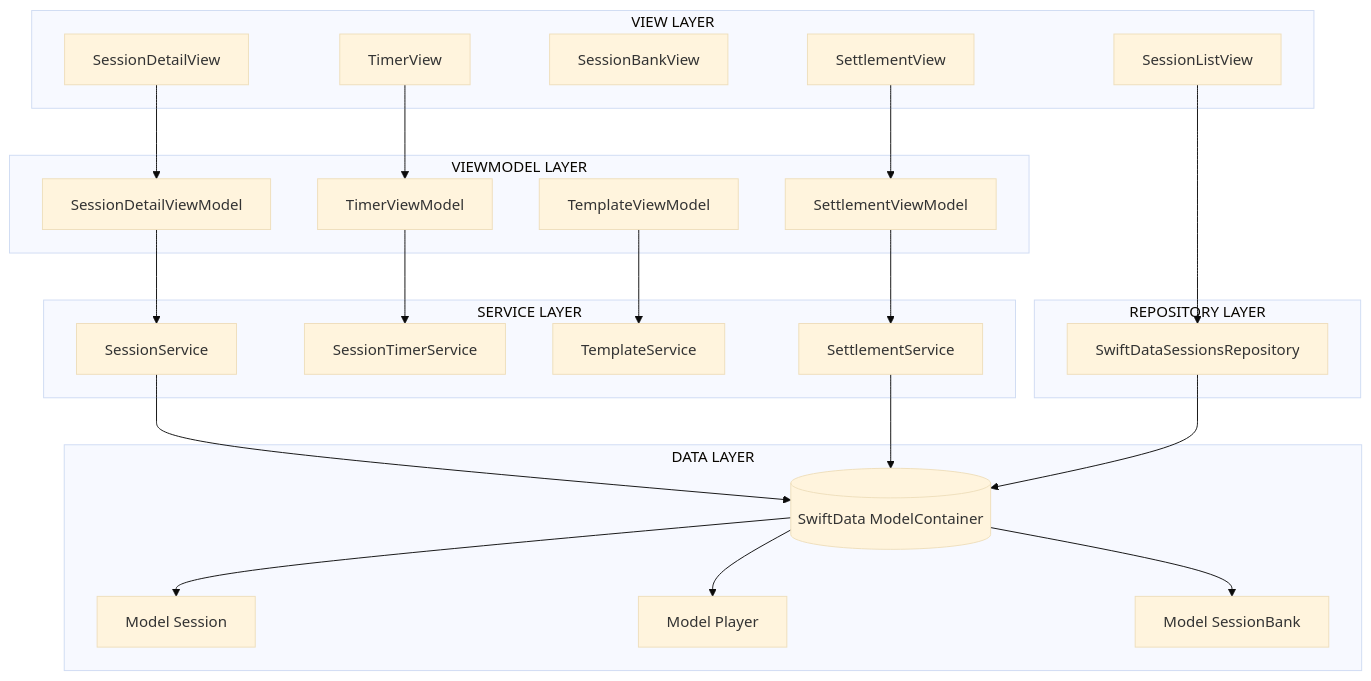
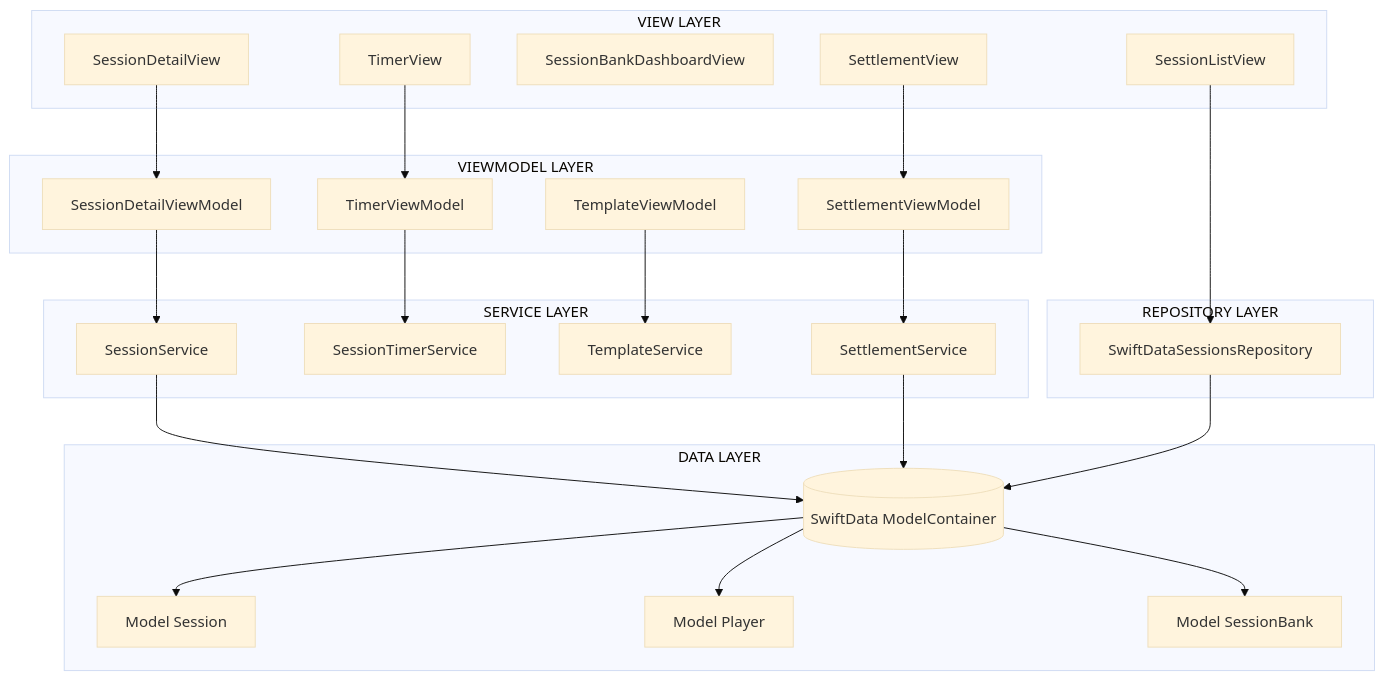
The third of 4 diagrams in Home Poker/Docs/architecture-flow.md (OutOfOdds/Home-Poker), drawn with Mermaid (base theme) before and after one commit. The commit also changed other lines of this file and 20 other files, not shown here.

````diff
--- a/Home Poker/Docs/architecture-flow.md
+++ b/Home Poker/Docs/architecture-flow.md
@@ -137,53 +139,53 @@
 ```mermaid
 graph TB
     subgraph "VIEW LAYER"
         V1[SessionListView]
         V2[SessionDetailView]
-        V3[SessionBankView]
+        V3[SessionBankDashboardView]
         V4[TimerView]
         V5[SettlementView]
     end
 
     subgraph "VIEWMODEL LAYER"
         VM1[SessionDetailViewModel]
         VM2[TimerViewModel]
         VM3[TemplateViewModel]
         VM4[SettlementViewModel]
     end
 
     subgraph "SERVICE LAYER"
         S1[SessionService]
         S2[SessionTimerService]
         S3[TemplateService]
         S4[SettlementService]
     end
 
     subgraph "REPOSITORY LAYER"
         R1[SwiftDataSessionsRepository]
     end
 
     subgraph "DATA LAYER"
         DB[(SwiftData ModelContainer)]
         M1[Model Session]
         M2[Model Player]
         M3[Model SessionBank]
     end
 
     V2 --> VM1
     V4 --> VM2
     V5 --> VM4
 
     VM1 --> S1
     VM2 --> S2
     VM3 --> S3
     VM4 --> S4
 
     V1 --> R1
     S1 --> DB
     S4 --> DB
     R1 --> DB
 
     DB --> M1
     DB --> M2
     DB --> M3
 ```
````
